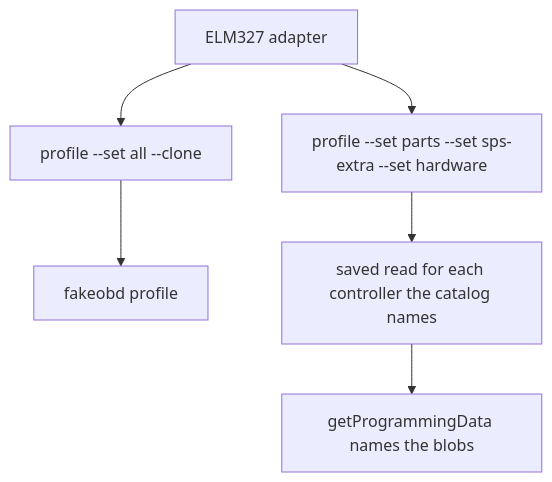
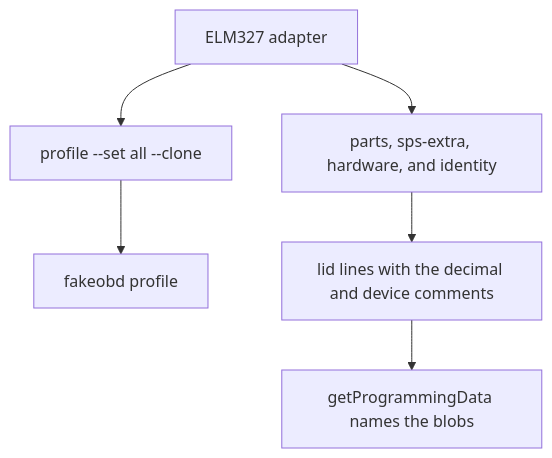
One commit to b1tninja-labs/voltkit changed the first of 7 diagrams in docs/capture.md. Above: the diagram before and after it, drawn with Mermaid. The commit also changed other lines of this file and 1 other file, not shown here.

Commit message:
Diagram the capture sets, the clone, and the B0 comment.

````diff
--- a/docs/capture.md
+++ b/docs/capture.md
@@ -9,11 +9,11 @@
 ```mermaid
 flowchart TD
   adapter["ELM327 adapter"]
   all["profile --set all --clone"]
   lab["fakeobd profile"]
-  parts["profile --set parts --set sps-extra --set hardware"]
-  saved["saved read for each controller the catalog names"]
+  prog["parts, sps-extra, hardware, and identity"]
+  saved["lid lines with the decimal and device comments"]
   named["getProgrammingData names the blobs"]
   adapter --> all --> lab
-  adapter --> parts --> saved --> named
+  adapter --> prog --> saved --> named
 ```
````
